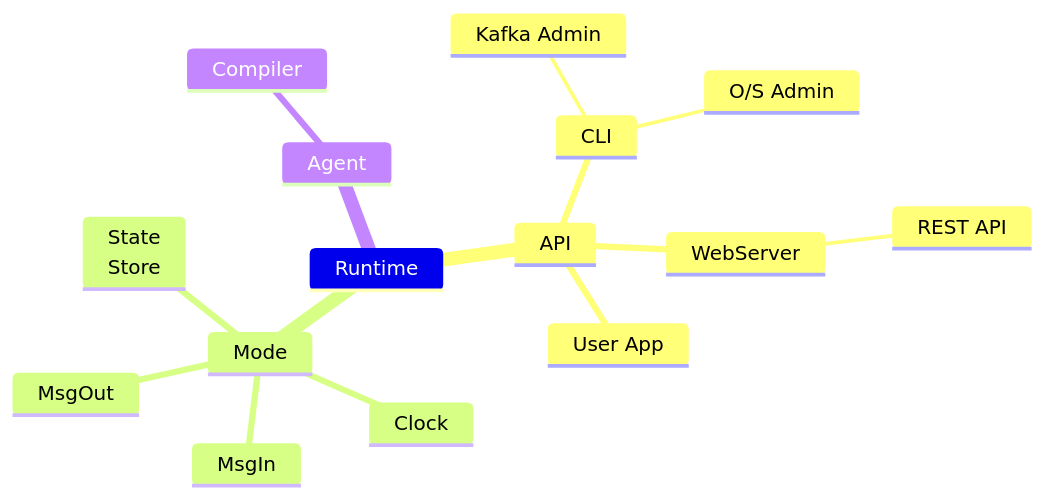
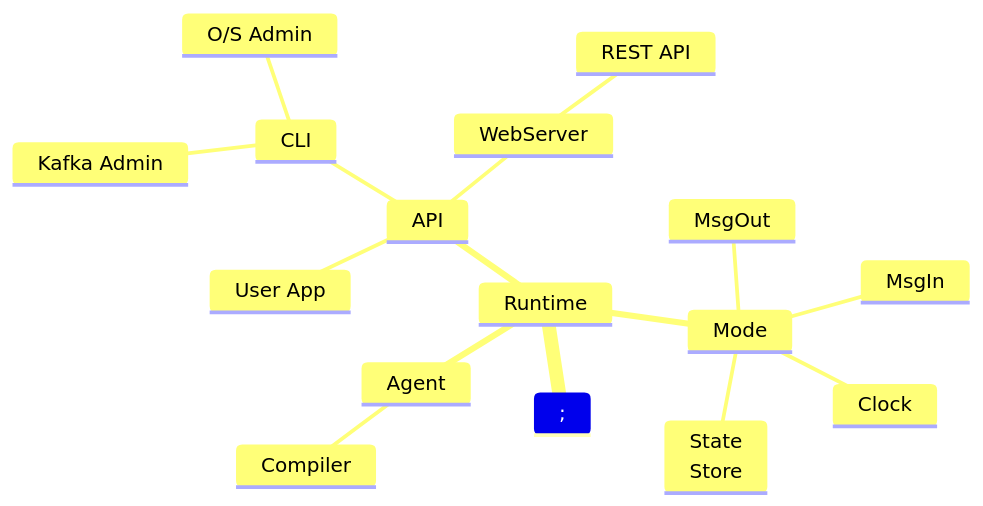
One commit to sodacan-net/sodacan-core changed the fourth of 5 diagrams in documentation/architecture.md. Above: the diagram before and after it, drawn with Mermaid.

Commit message:
Add semicolon

````diff
--- a/documentation/architecture.md
+++ b/documentation/architecture.md
@@ -88,19 +88,19 @@
 ```mermaid
-mindmap
+mindmap;
   Runtime
     API
       CLI
         Kafka Admin
         O/S Admin
       WebServer
         REST API
       User App
     Mode
       State<br/>Store
       Clock
       MsgIn
       MsgOut
     Agent
       Compiler
 
 ```
````
